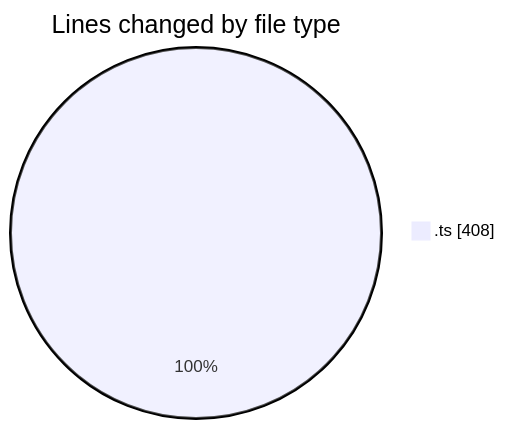
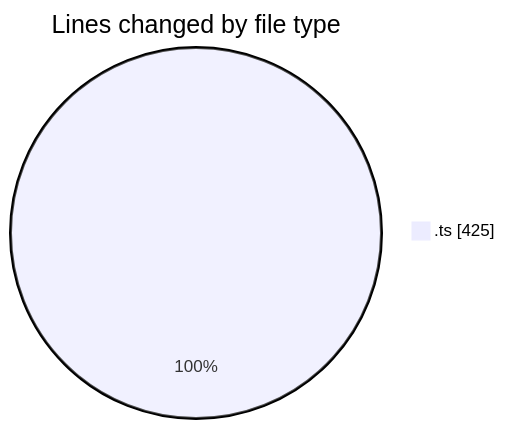
One commit to igalym/code-tracking changed the first of 2 diagrams in 2026-03-31/cinema/README.md. Above: the diagram before and after it, drawn with Mermaid. The commit also changed other lines of this file and 1 other file, not shown here.

````diff
--- a/2026-03-31/cinema/README.md
+++ b/2026-03-31/cinema/README.md
@@ -37,5 +37,5 @@
 ```mermaid
 pie showData
 title Lines changed by file type
-".ts" : 408
+".ts" : 425
 ```
````
